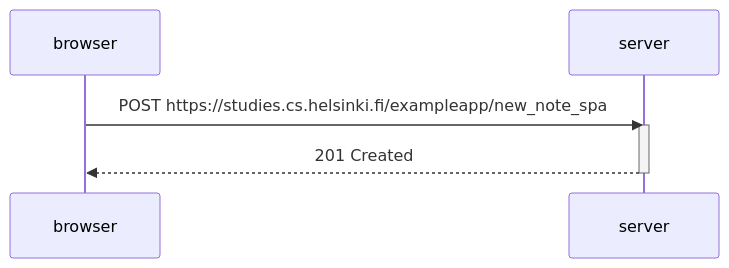
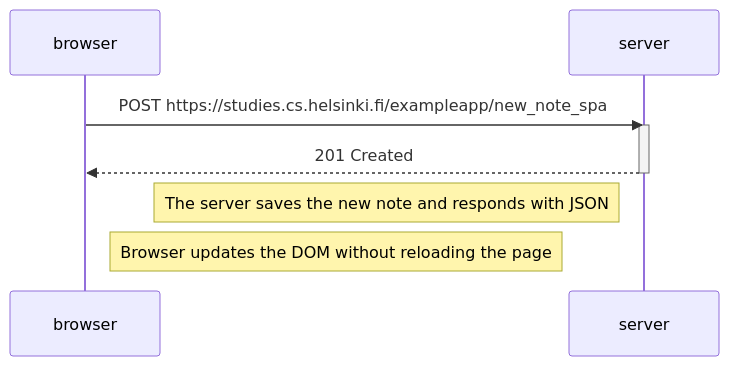
Before and after one commit to T4RUNN4/fullstack-open: the diagram in part0/0.6_new_note_spa.md, drawn with Mermaid.

````diff
--- a/part0/0.6_new_note_spa.md
+++ b/part0/0.6_new_note_spa.md
@@ -1,10 +1,13 @@
 ```mermaid
 sequenceDiagram
     participant browser
     participant server
 
     browser->>server: POST https://studies.cs.helsinki.fi/exampleapp/new_note_spa
     activate server
     server-->>browser: 201 Created
     deactivate server
+
+    Note left of server: The server saves the new note and responds with JSON
+    Note right of browser: Browser updates the DOM without reloading the page
 ```
````
